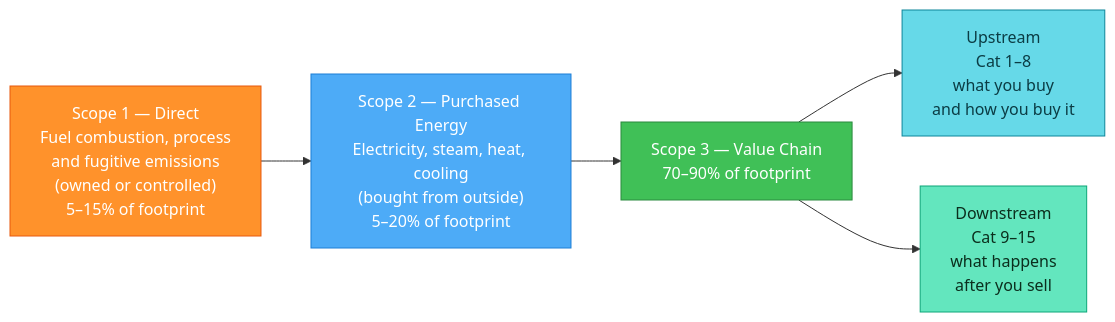
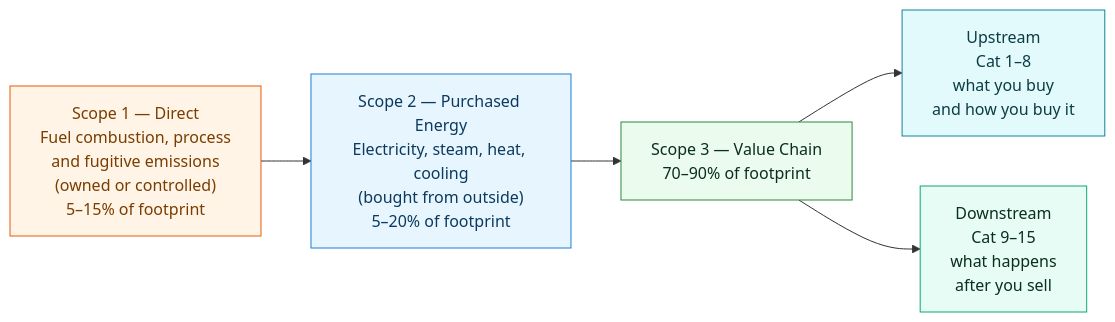
The diagram in docs/index.md (co3org/Scope3-Challenge), drawn with Mermaid before and after one commit. The commit also changed 11 other files, not shown here.

First line of the commit message:
Soft diagram palette and trim text-wall node labels

````diff
--- a/docs/index.md
+++ b/docs/index.md
@@ -14,24 +14,24 @@
 ```mermaid
 flowchart LR
-    classDef s1 fill:#ff922b,stroke:#e8590c,color:#fff;
-    classDef s2 fill:#4dabf7,stroke:#1c7ed6,color:#fff;
-    classDef s3 fill:#40c057,stroke:#2b8a3e,color:#fff;
-    classDef up fill:#66d9e8,stroke:#0c8599,color:#0b3c44;
-    classDef down fill:#63e6be,stroke:#0ca678,color:#0b2e1d;
+    classDef s1 fill:#fff4e6,stroke:#e8590c,color:#7a3d00;
+    classDef s2 fill:#e7f5ff,stroke:#1c7ed6,color:#0b3a5e;
+    classDef s3 fill:#ebfbee,stroke:#2b8a3e,color:#0b2e1d;
+    classDef up fill:#e3fafc,stroke:#0c8599,color:#0b3c44;
+    classDef down fill:#e6fcf5,stroke:#0ca678,color:#0b2e1d;
 
     S1["Scope 1 — Direct\nFuel combustion, process\nand fugitive emissions\n(owned or controlled)\n5–15% of footprint"]
     S2["Scope 2 — Purchased Energy\nElectricity, steam, heat, cooling\n(bought from outside)\n5–20% of footprint"]
     S3["Scope 3 — Value Chain\n70–90% of footprint"]
     UP["Upstream\nCat 1–8\nwhat you buy\nand how you buy it"]
     DOWN["Downstream\nCat 9–15\nwhat happens\nafter you sell"]
 
     S1 --> S2 --> S3
     S3 --> UP
     S3 --> DOWN
 
     class S1 s1;
     class S2 s2;
     class S3 s3;
     class UP up;
     class DOWN down;
 ```
````
